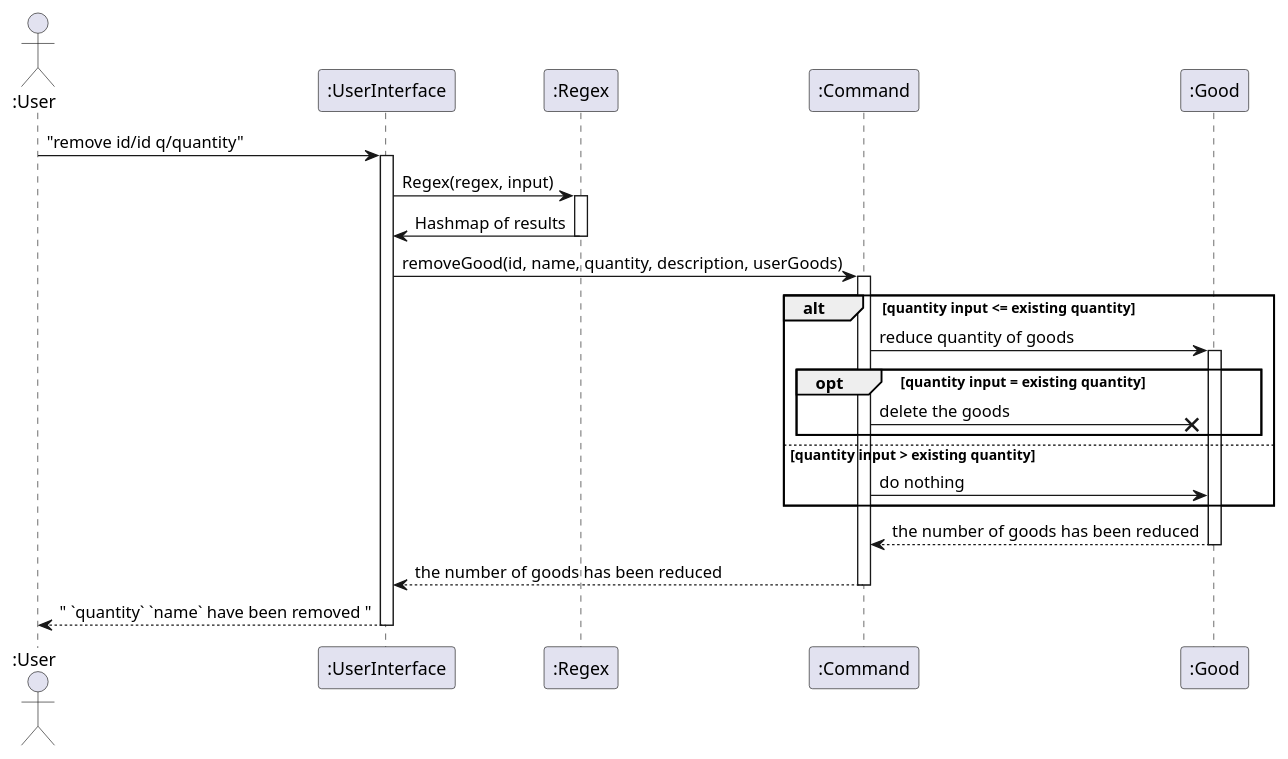
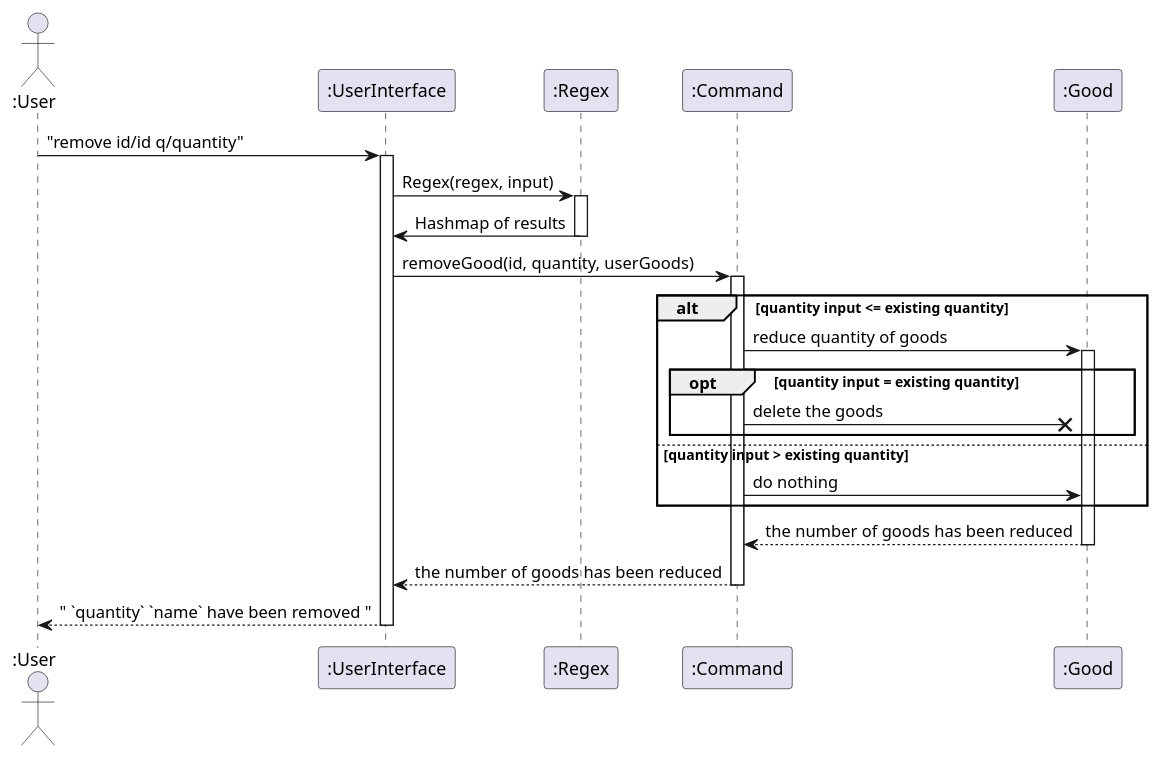
One commit to nus-cs2113-AY2122S2/tp changed the diagram in docs/diagrams/removeGood.puml. Above: the diagram before and after it, drawn with PlantUML. The commit also changed 1 other file, not shown here.

Commit message:
Update removeGood sequence diagram

```diff
--- a/docs/diagrams/removeGood.puml
+++ b/docs/diagrams/removeGood.puml
@@ -1,29 +1,29 @@
 @startuml
 'https://plantuml.com/sequence-diagram
 
 Actor ":User" as user
 participant ":UserInterface" as ui
 participant ":Regex" as regex
 participant ":Command" as command
 participant ":Good" as good
 
 user -> ui ++ : "remove id/id q/quantity"
 
 ui -> regex  ++: Regex(regex, input)
 regex -> ui -- : Hashmap of results
 
 deactivate regex
 
-ui -> command ++ : removeGood(id, name, quantity, description, userGoods)
+ui -> command ++ : removeGood(id, quantity, userGoods)
 alt quantity input <= existing quantity
     command -> good ++ : reduce quantity of goods
     opt quantity input = existing quantity
         command ->x good : delete the goods
     end
 else quantity input > existing quantity
     command -> good : do nothing
 end
 good --> command -- : the number of goods has been reduced
 command --> ui -- : the number of goods has been reduced
 ui --> user --: " `quantity` `name` have been removed "
 @enduml
```
